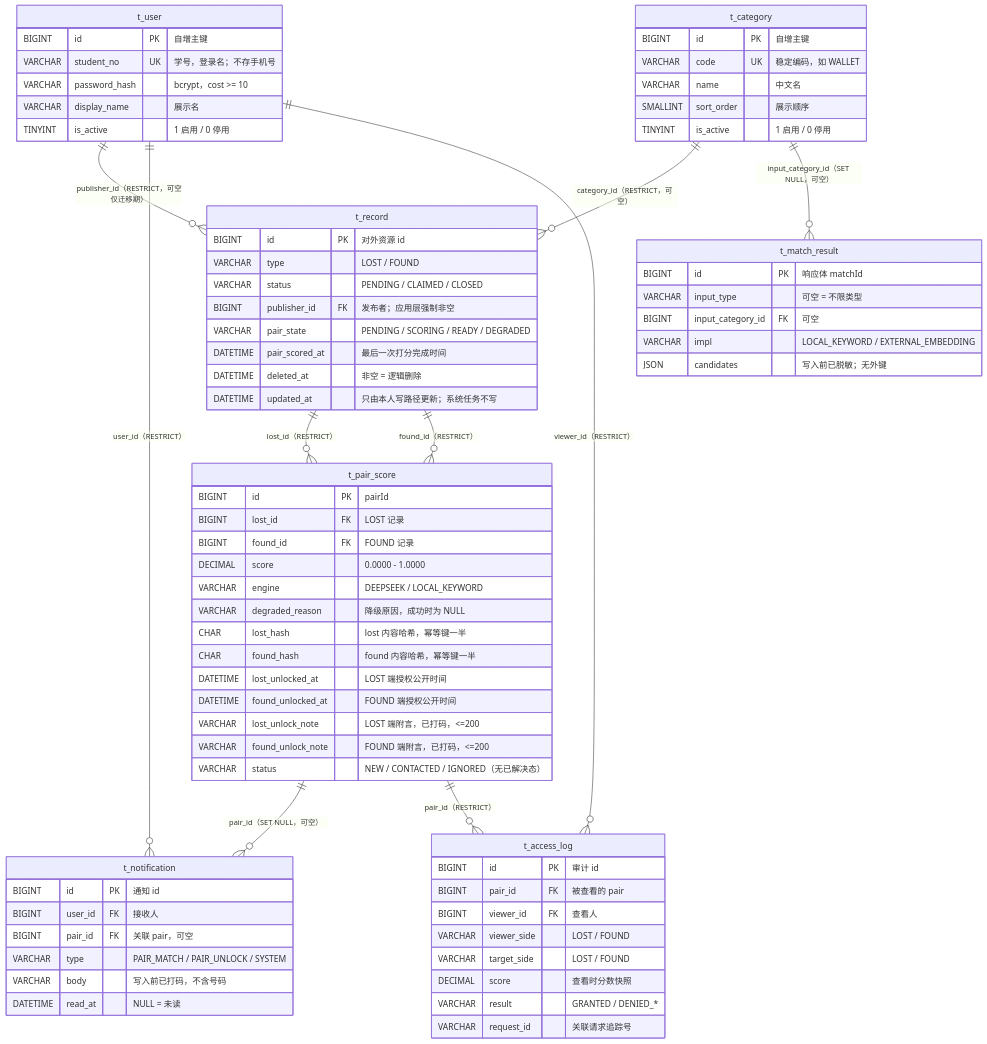
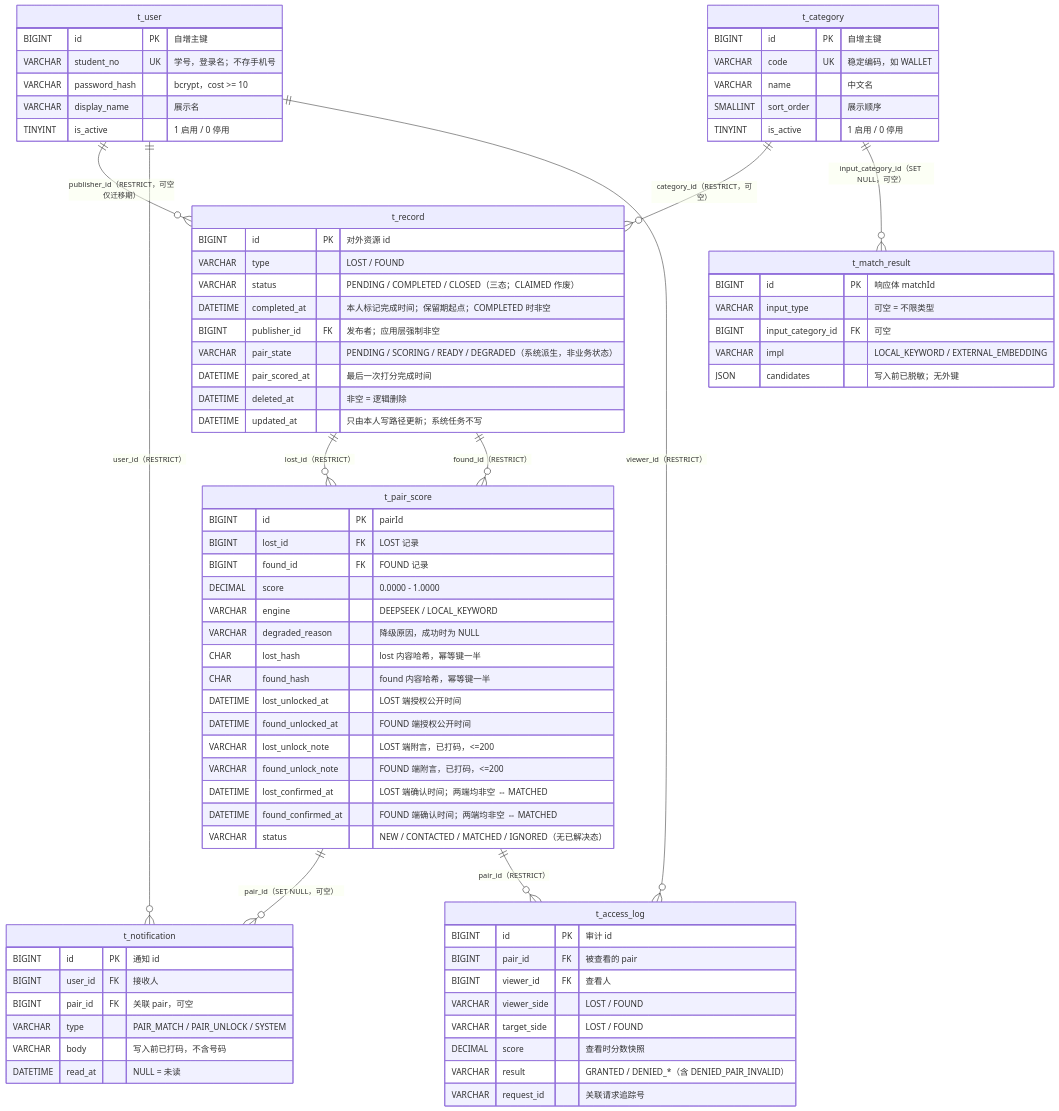
Before and after one commit to BLingKiy/find-it-campus: the diagram in docs/design/diagrams/er-v2.mmd, drawn with Mermaid. The commit also changed 5 other files, not shown here.

```diff
--- a/docs/design/diagrams/er-v2.mmd
+++ b/docs/design/diagrams/er-v2.mmd
@@ -1,84 +1,88 @@
 %% find-it-campus v2 · 7 表 ER 图（关系与关键约束列）
 %% 事实来源：docs/design/v2-architecture.md §4 + db/schema.sql（B1 落地）
 %% 取舍：图只画关系与关键列；完整列、CHECK、索引见正文 §4.2 DDL 草案。
+%% 终态模型（v2.1）：t_record 三态 + completed_at；t_pair_score 四态 + 两端 confirmed_at。
 erDiagram
   t_user ||--o{ t_record : "publisher_id（RESTRICT，可空仅迁移期）"
   t_category ||--o{ t_record : "category_id（RESTRICT，可空）"
   t_category ||--o{ t_match_result : "input_category_id（SET NULL，可空）"
   t_record ||--o{ t_pair_score : "lost_id（RESTRICT）"
   t_record ||--o{ t_pair_score : "found_id（RESTRICT）"
   t_user ||--o{ t_notification : "user_id（RESTRICT）"
   t_pair_score ||--o{ t_notification : "pair_id（SET NULL，可空）"
   t_user ||--o{ t_access_log : "viewer_id（RESTRICT）"
   t_pair_score ||--o{ t_access_log : "pair_id（RESTRICT）"
 
   t_user {
     BIGINT id PK "自增主键"
     VARCHAR student_no UK "学号，登录名；不存手机号"
     VARCHAR password_hash "bcrypt，cost >= 10"
     VARCHAR display_name "展示名"
     TINYINT is_active "1 启用 / 0 停用"
   }
 
   t_category {
     BIGINT id PK "自增主键"
     VARCHAR code UK "稳定编码，如 WALLET"
     VARCHAR name "中文名"
     SMALLINT sort_order "展示顺序"
     TINYINT is_active "1 启用 / 0 停用"
   }
 
   t_record {
     BIGINT id PK "对外资源 id"
     VARCHAR type "LOST / FOUND"
-    VARCHAR status "PENDING / CLAIMED / CLOSED"
+    VARCHAR status "PENDING / COMPLETED / CLOSED（三态；CLAIMED 作废）"
+    DATETIME completed_at "本人标记完成时间；保留期起点；COMPLETED 时非空"
     BIGINT publisher_id FK "发布者；应用层强制非空"
-    VARCHAR pair_state "PENDING / SCORING / READY / DEGRADED"
+    VARCHAR pair_state "PENDING / SCORING / READY / DEGRADED（系统派生，非业务状态）"
     DATETIME pair_scored_at "最后一次打分完成时间"
     DATETIME deleted_at "非空 = 逻辑删除"
     DATETIME updated_at "只由本人写路径更新；系统任务不写"
   }
 
   t_match_result {
     BIGINT id PK "响应体 matchId"
     VARCHAR input_type "可空 = 不限类型"
     BIGINT input_category_id FK "可空"
     VARCHAR impl "LOCAL_KEYWORD / EXTERNAL_EMBEDDING"
     JSON candidates "写入前已脱敏；无外键"
   }
 
   t_pair_score {
     BIGINT id PK "pairId"
     BIGINT lost_id FK "LOST 记录"
     BIGINT found_id FK "FOUND 记录"
     DECIMAL score "0.0000 - 1.0000"
     VARCHAR engine "DEEPSEEK / LOCAL_KEYWORD"
     VARCHAR degraded_reason "降级原因，成功时为 NULL"
     CHAR lost_hash "lost 内容哈希，幂等键一半"
     CHAR found_hash "found 内容哈希，幂等键一半"
     DATETIME lost_unlocked_at "LOST 端授权公开时间"
     DATETIME found_unlocked_at "FOUND 端授权公开时间"
     VARCHAR lost_unlock_note "LOST 端附言，已打码，<=200"
     VARCHAR found_unlock_note "FOUND 端附言，已打码，<=200"
-    VARCHAR status "NEW / CONTACTED / IGNORED（无已解决态）"
+    DATETIME lost_confirmed_at "LOST 端确认时间；两端均非空 ⇔ MATCHED"
+    DATETIME found_confirmed_at "FOUND 端确认时间；两端均非空 ⇔ MATCHED"
+    VARCHAR status "NEW / CONTACTED / MATCHED / IGNORED（无已解决态）"
   }
 
   t_notification {
     BIGINT id PK "通知 id"
     BIGINT user_id FK "接收人"
     BIGINT pair_id FK "关联 pair，可空"
     VARCHAR type "PAIR_MATCH / PAIR_UNLOCK / SYSTEM"
     VARCHAR body "写入前已打码，不含号码"
     DATETIME read_at "NULL = 未读"
   }
 
   t_access_log {
     BIGINT id PK "审计 id"
     BIGINT pair_id FK "被查看的 pair"
     BIGINT viewer_id FK "查看人"
     VARCHAR viewer_side "LOST / FOUND"
     VARCHAR target_side "LOST / FOUND"
     DECIMAL score "查看时分数快照"
-    VARCHAR result "GRANTED / DENIED_*"
+    VARCHAR result "GRANTED / DENIED_*（含 DENIED_PAIR_INVALID）"
     VARCHAR request_id "关联请求追踪号"
   }
```
